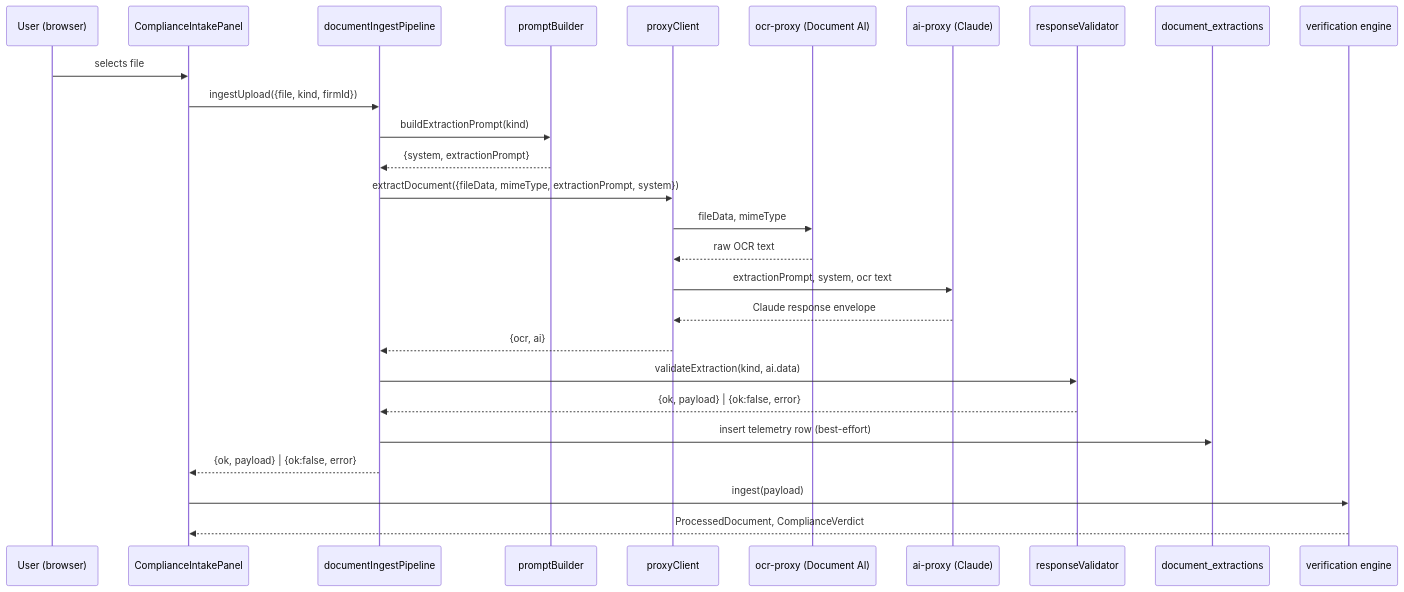
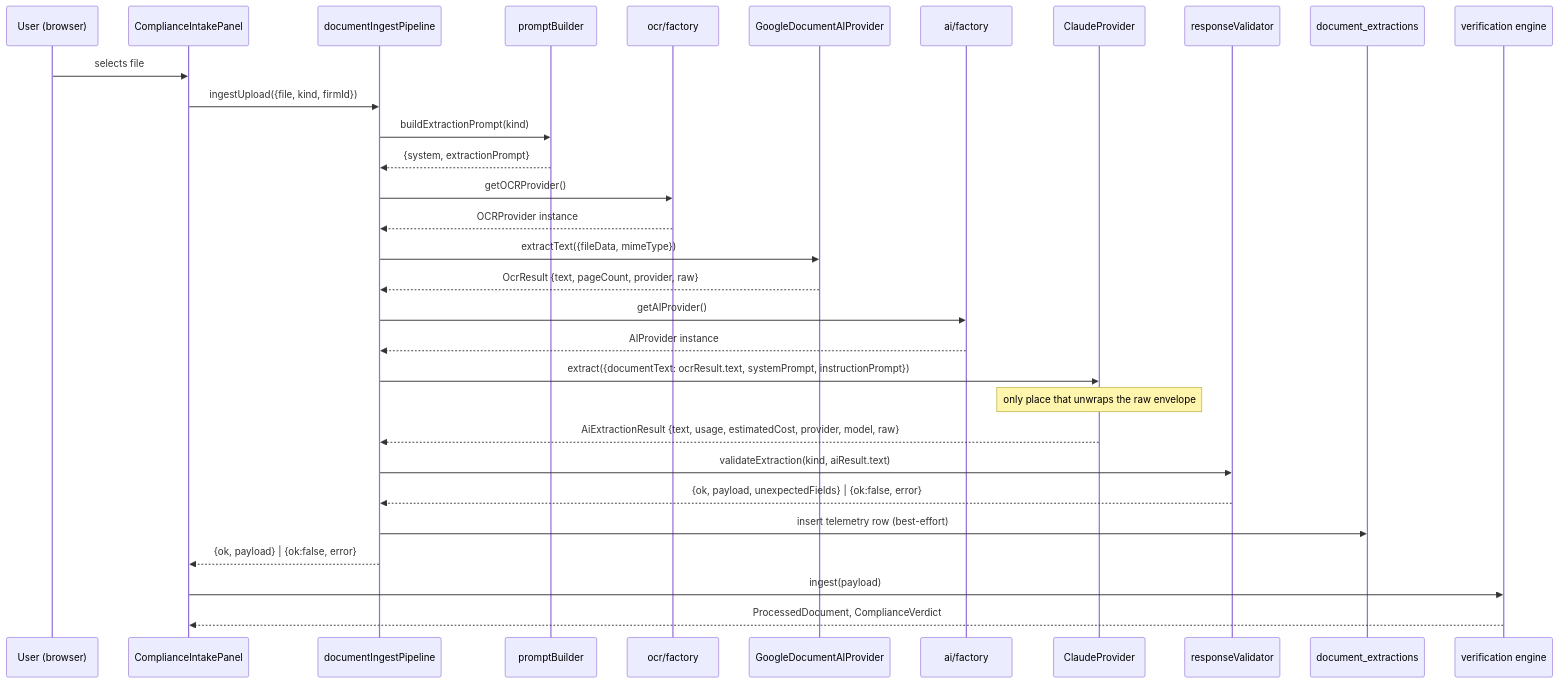
One commit to mujeebminhas88-lab/brokermind-ai changed the second of 2 diagrams in docs/ARCHITECTURE.md. Above: the diagram before and after it, drawn with Mermaid. The commit also changed other lines of this file and 1 other file, not shown here.

First line of the commit message:
docs: document the provider abstraction (Phase 1.5)

````diff
--- a/docs/ARCHITECTURE.md
+++ b/docs/ARCHITECTURE.md
@@ -160,30 +204,34 @@
 ```mermaid
 sequenceDiagram
     participant U as User (browser)
     participant CIP as ComplianceIntakePanel
     participant DIP as documentIngestPipeline
     participant PB as promptBuilder
-    participant PC as proxyClient
-    participant OCR as ocr-proxy (Document AI)
-    participant AI as ai-proxy (Claude)
+    participant OF as ocr/factory
+    participant OCRP as GoogleDocumentAIProvider
+    participant AF as ai/factory
+    participant AIP as ClaudeProvider
     participant RV as responseValidator
     participant DB as document_extractions
     participant ENG as verification engine
 
     U->>CIP: selects file
     CIP->>DIP: ingestUpload({file, kind, firmId})
     DIP->>PB: buildExtractionPrompt(kind)
     PB-->>DIP: {system, extractionPrompt}
-    DIP->>PC: extractDocument({fileData, mimeType, extractionPrompt, system})
-    PC->>OCR: fileData, mimeType
-    OCR-->>PC: raw OCR text
-    PC->>AI: extractionPrompt, system, ocr text
-    AI-->>PC: Claude response envelope
-    PC-->>DIP: {ocr, ai}
-    DIP->>RV: validateExtraction(kind, ai.data)
-    RV-->>DIP: {ok, payload} | {ok:false, error}
+    DIP->>OF: getOCRProvider()
+    OF-->>DIP: OCRProvider instance
+    DIP->>OCRP: extractText({fileData, mimeType})
+    OCRP-->>DIP: OcrResult {text, pageCount, provider, raw}
+    DIP->>AF: getAIProvider()
+    AF-->>DIP: AIProvider instance
+    DIP->>AIP: extract({documentText: ocrResult.text, systemPrompt, instructionPrompt})
+    Note over AIP: only place that unwraps the raw envelope
+    AIP-->>DIP: AiExtractionResult {text, usage, estimatedCost, provider, model, raw}
+    DIP->>RV: validateExtraction(kind, aiResult.text)
+    RV-->>DIP: {ok, payload, unexpectedFields} | {ok:false, error}
     DIP->>DB: insert telemetry row (best-effort)
     DIP-->>CIP: {ok, payload} | {ok:false, error}
     CIP->>ENG: ingest(payload)
     ENG-->>CIP: ProcessedDocument, ComplianceVerdict
 ```
````
